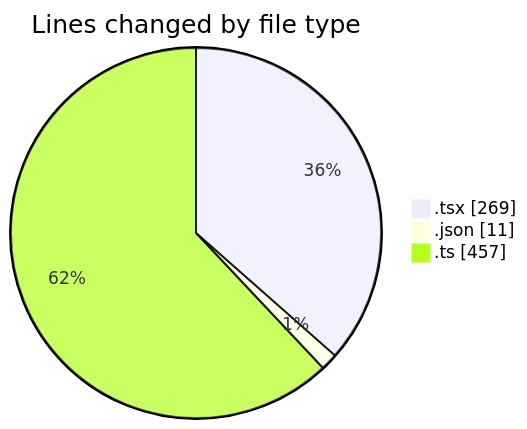
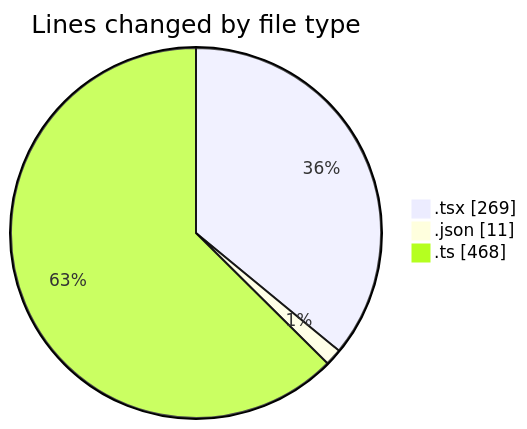
The first of 2 diagrams in 2025-05-12/cda/README.md (momahboobian/code-tracking), drawn with Mermaid before and after one commit. The commit also changed other lines of this file and 1 other file, not shown here.

````diff
--- a/2025-05-12/cda/README.md
+++ b/2025-05-12/cda/README.md
@@ -30,7 +30,7 @@
 ```mermaid
 pie showData
 title Lines changed by file type
 ".tsx" : 269
 ".json" : 11
-".ts" : 457
+".ts" : 468
 ```
````
